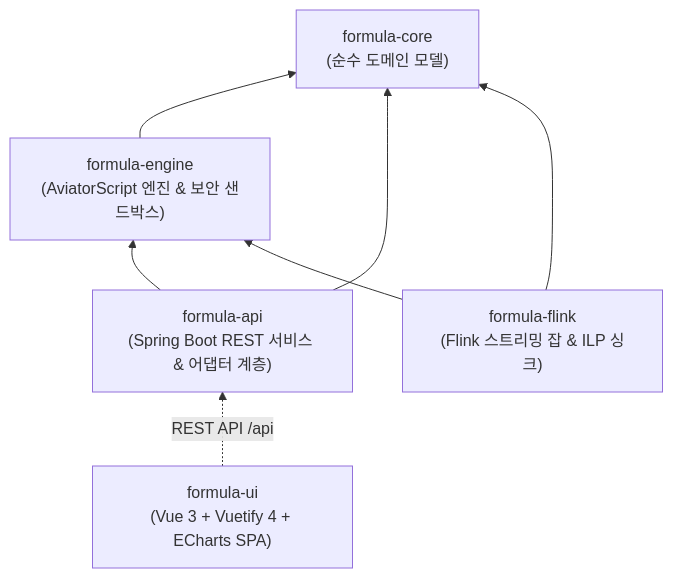
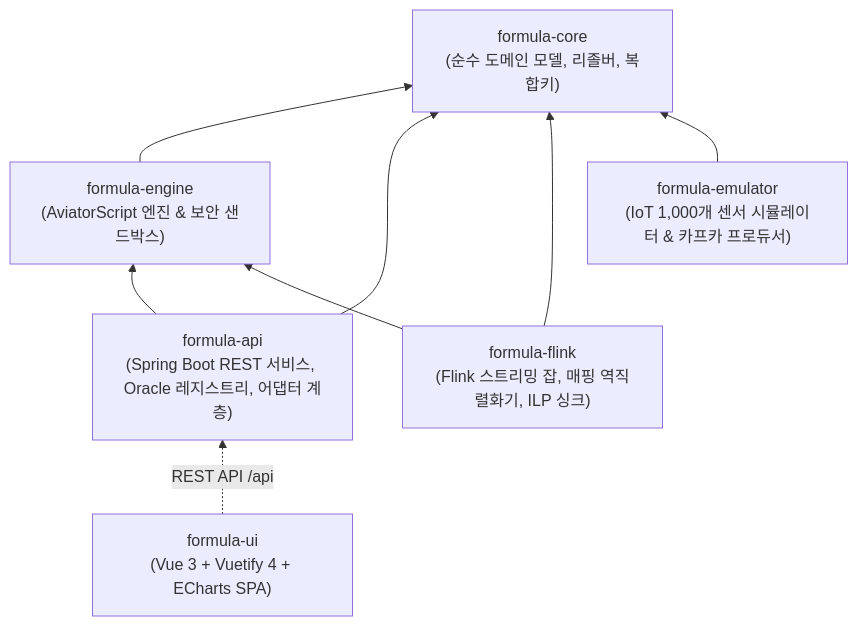
Before and after one commit to imoil/formula-evaluator-service: the second of 5 diagrams in ARCHITECTURE_GUIDE.md, drawn with Mermaid. The commit also changed other lines of this file and 6 other files, not shown here.

Commit message:
docs: update architecture, streaming, and frontend guides for unified sensor registry and oracle 19c

````diff
--- a/ARCHITECTURE_GUIDE.md
+++ b/ARCHITECTURE_GUIDE.md
@@ -116,15 +135,17 @@
 ```mermaid
 flowchart BT
-    formulaCore["formula-core<br/>(순수 도메인 모델)"]
+    formulaCore["formula-core<br/>(순수 도메인 모델, 리졸버, 복합키)"]
     formulaEngine["formula-engine<br/>(AviatorScript 엔진 & 보안 샌드박스)"]
-    formulaApi["formula-api<br/>(Spring Boot REST 서비스 & 어댑터 계층)"]
-    formulaFlink["formula-flink<br/>(Flink 스트리밍 잡 & ILP 싱크)"]
+    formulaApi["formula-api<br/>(Spring Boot REST 서비스, Oracle 레지스트리, 어댑터 계층)"]
+    formulaFlink["formula-flink<br/>(Flink 스트리밍 잡, 매핑 역직렬화기, ILP 싱크)"]
+    formulaEmulator["formula-emulator<br/>(IoT 1,000개 센서 시뮬레이터 & 카프카 프로듀서)"]
     formulaUi["formula-ui<br/>(Vue 3 + Vuetify 4 + ECharts SPA)"]
 
     formulaEngine --> formulaCore
     formulaApi --> formulaCore
     formulaApi --> formulaEngine
     formulaFlink --> formulaCore
     formulaFlink --> formulaEngine
+    formulaEmulator --> formulaCore
     formulaUi -.->|REST API /api| formulaApi
 ```
````
